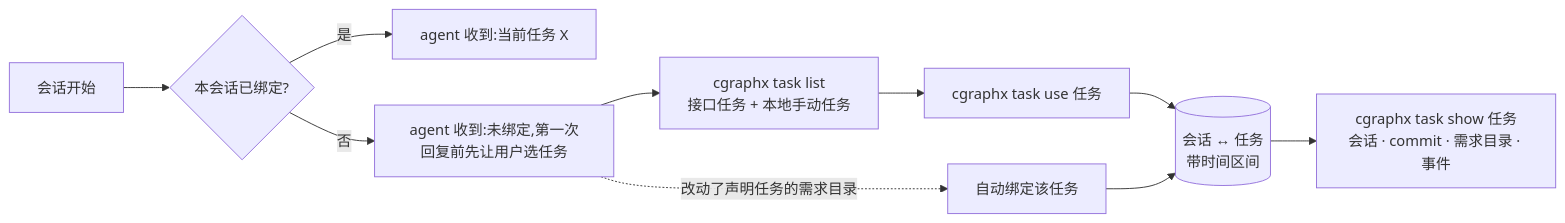
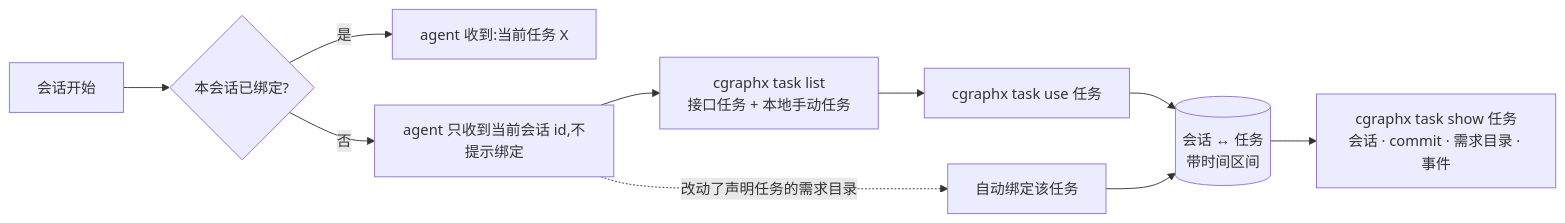
Before and after one commit to smdnkB/cgraphx: the diagram in docs/features/2026-10-14-任务会话映射与timeline采集增强/任务会话映射与timeline采集增强-spec.md, drawn with Mermaid. The commit also changed other lines of this file and 3 other files, not shown here.

````diff
--- a/docs/features/2026-10-14-任务会话映射与timeline采集增强/任务会话映射与timeline采集增强-spec.md
+++ b/docs/features/2026-10-14-任务会话映射与timeline采集增强/任务会话映射与timeline采集增强-spec.md
@@ -11,12 +11,12 @@
 ```mermaid
 flowchart LR
   start[会话开始] --> hint{本会话已绑定?}
   hint -- 是 --> ctx1[agent 收到:当前任务 X]
-  hint -- 否 --> ctx2[agent 收到:未绑定,第一次回复前先让用户选任务]
+  hint -- 否 --> ctx2[agent 只收到当前会话 id,不提示绑定]
   ctx2 --> list[cgraphx task list<br/>接口任务 + 本地手动任务]
   list --> use[cgraphx task use 任务]
   ctx2 -. 改动了声明任务的需求目录 .-> auto[自动绑定该任务]
   use --> bound[(会话 ↔ 任务<br/>带时间区间)]
   auto --> bound
   bound --> show[cgraphx task show 任务<br/>会话 · commit · 需求目录 · 事件]
 ```
````
